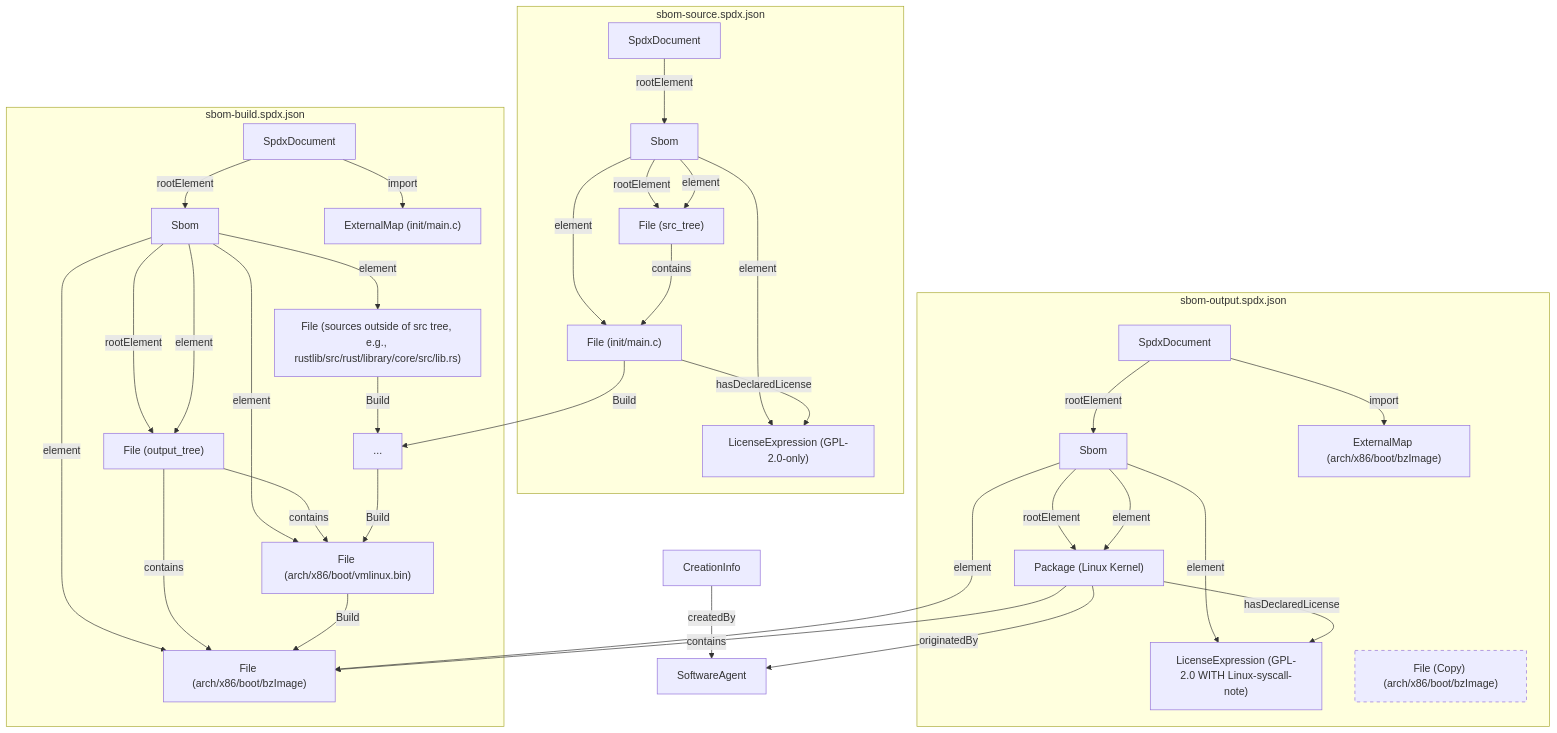
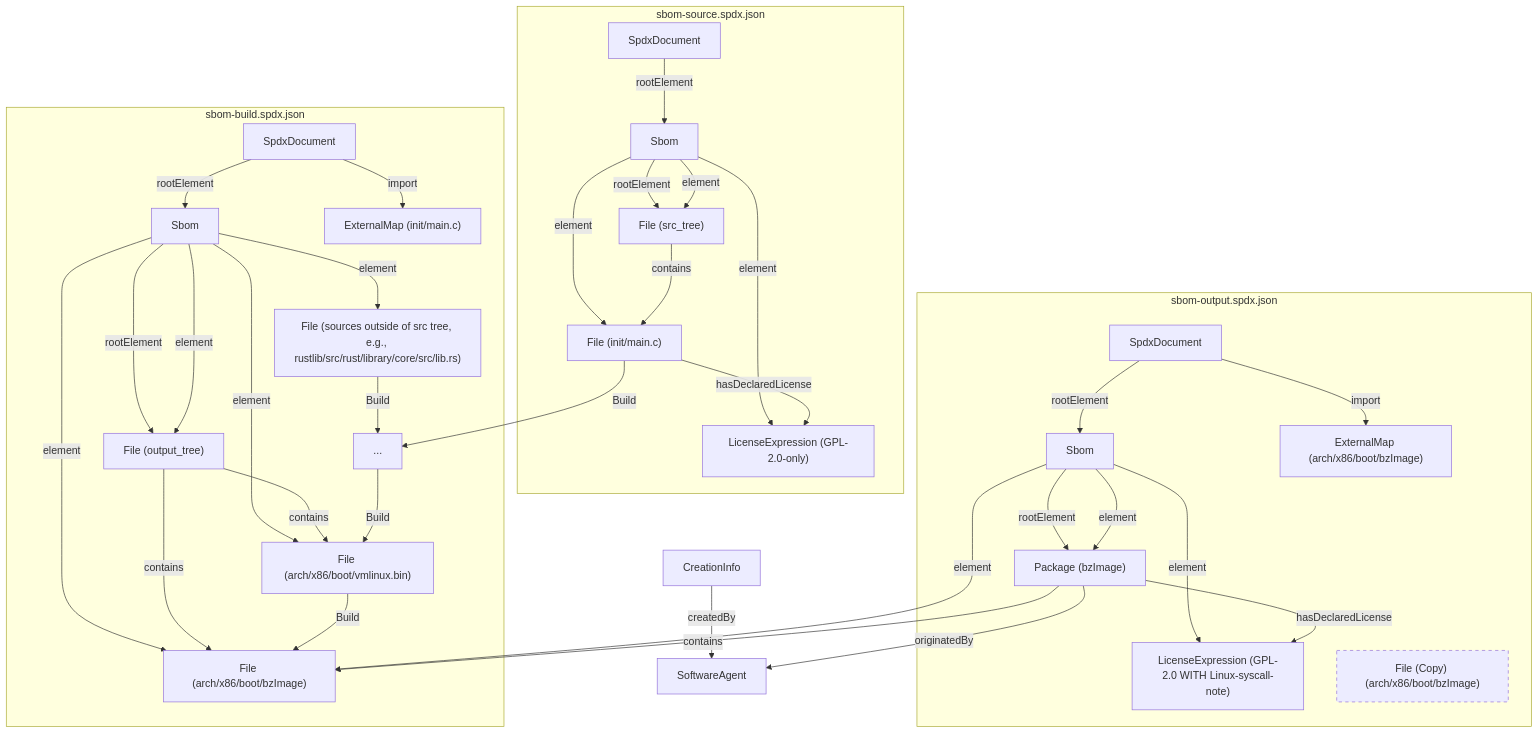
One commit to TNG/KernelSbom changed the first of 2 diagrams in README.md. Above: the diagram before and after it, drawn with Mermaid. The commit also changed other lines of this file and 6 other files, not shown here.

```diff
--- a/README.md
+++ b/README.md
@@ -136,7 +136,7 @@
     subgraph OUTPUT_GRAPH["sbom-output.spdx.json"]
         OUTPUT_DOC["SpdxDocument"]
         OUTPUT_SBOM["Sbom"]
-        PACKAGE["Package (Linux Kernel)"]
+        PACKAGE["Package (bzImage)"]
         PACKAGE_LICENSEEXPRESSION["LicenseExpression (GPL-2.0 WITH Linux-syscall-note)"]
         BZIMAGE_COPY["File (Copy) (arch/x86/boot/bzImage)"]
         BZIMAGE_EXTERNALMAP["ExternalMap (arch/x86/boot/bzImage)"]
```
